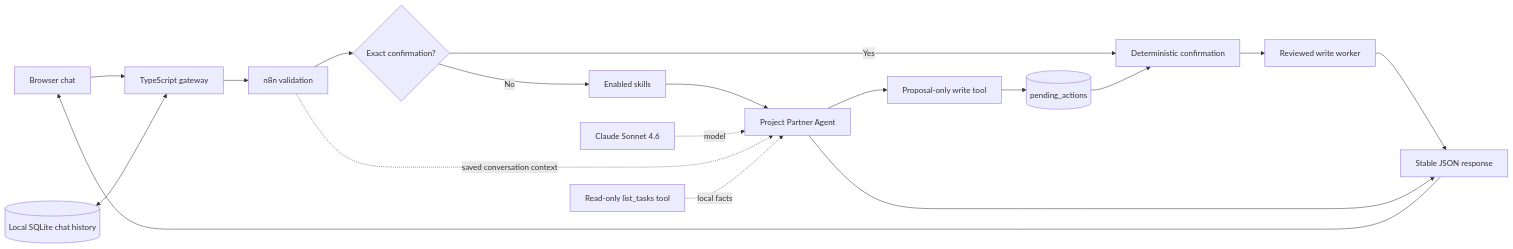
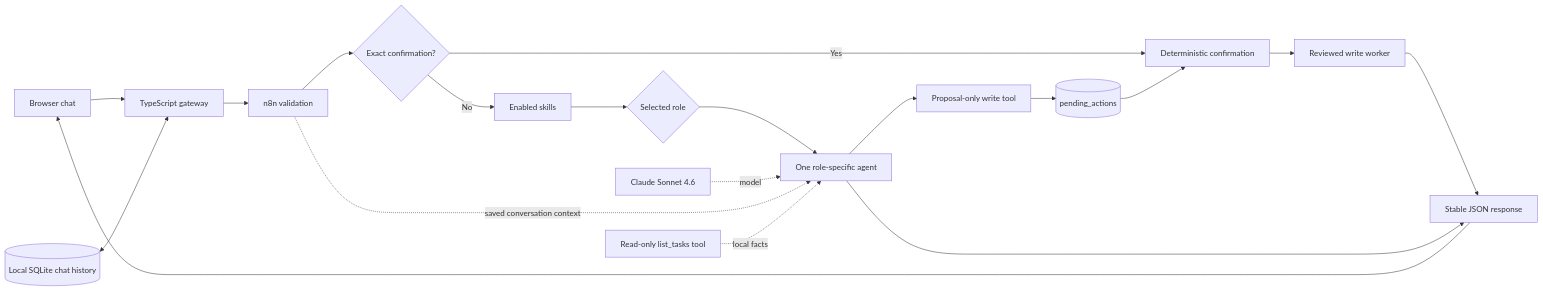
One commit to drsamdonegan/ai-solopreneur changed the diagram in docs/N8N_AGENT_SETUP.md. Above: the diagram before and after it, drawn with Mermaid. The commit also changed other lines of this file and 13 other files, not shown here.

````diff
--- a/docs/N8N_AGENT_SETUP.md
+++ b/docs/N8N_AGENT_SETUP.md
@@ -185,20 +186,21 @@
 ```mermaid
 flowchart LR
     Browser["Browser chat"] --> Gateway["TypeScript gateway"]
     Store[("Local SQLite chat history")] <--> Gateway
     Gateway --> Validate["n8n validation"]
     Validate --> Route{"Exact confirmation?"}
     Route -- No --> Skills["Enabled skills"]
-    Skills --> Agent["Project Partner Agent"]
+    Skills --> Switch{"Selected role"}
+    Switch --> Agent["One role-specific agent"]
     Model["Claude Sonnet 4.6"] -. model .-> Agent
     Validate -. saved conversation context .-> Agent
     Tasks["Read-only list_tasks tool"] -. local facts .-> Agent
     Agent --> Proposal["Proposal-only write tool"]
     Proposal --> Pending[("pending_actions")]
     Route -- Yes --> Confirm["Deterministic confirmation"]
     Pending --> Confirm
     Confirm --> Write["Reviewed write worker"]
     Write --> Response
     Agent --> Response["Stable JSON response"]
     Response --> Browser
 ```
````
